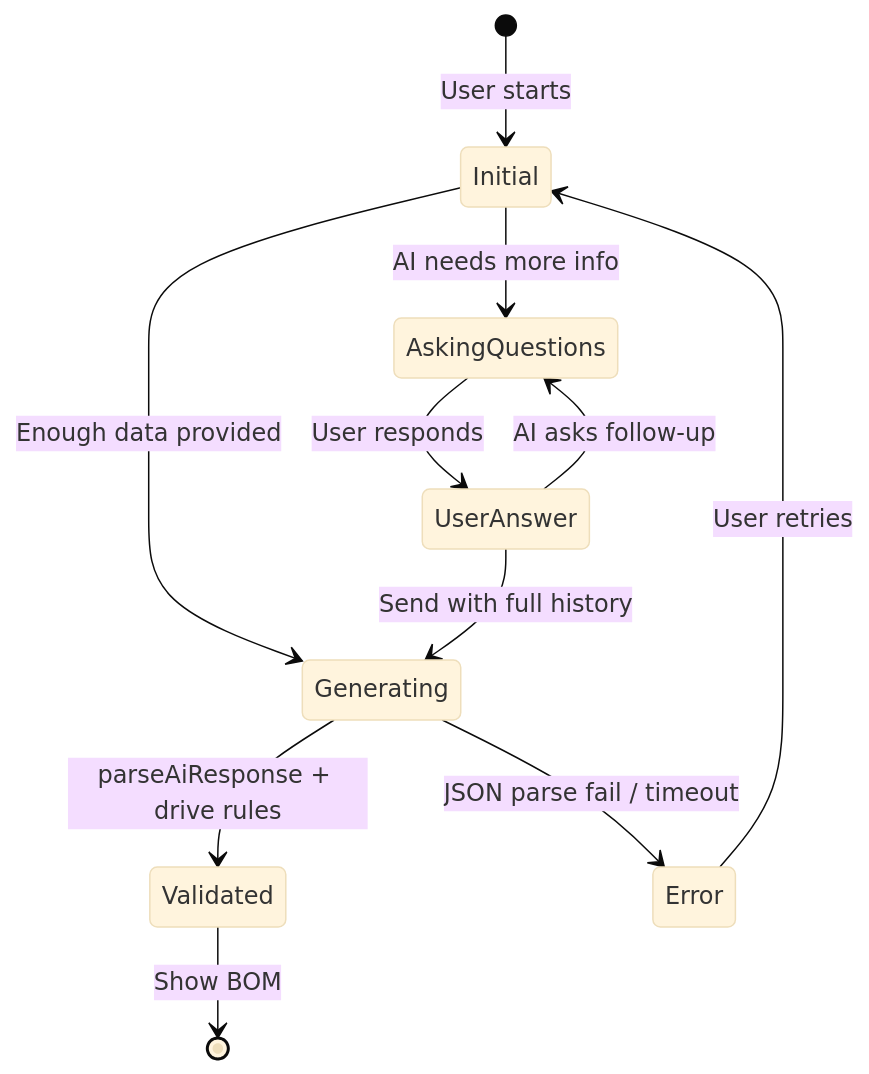
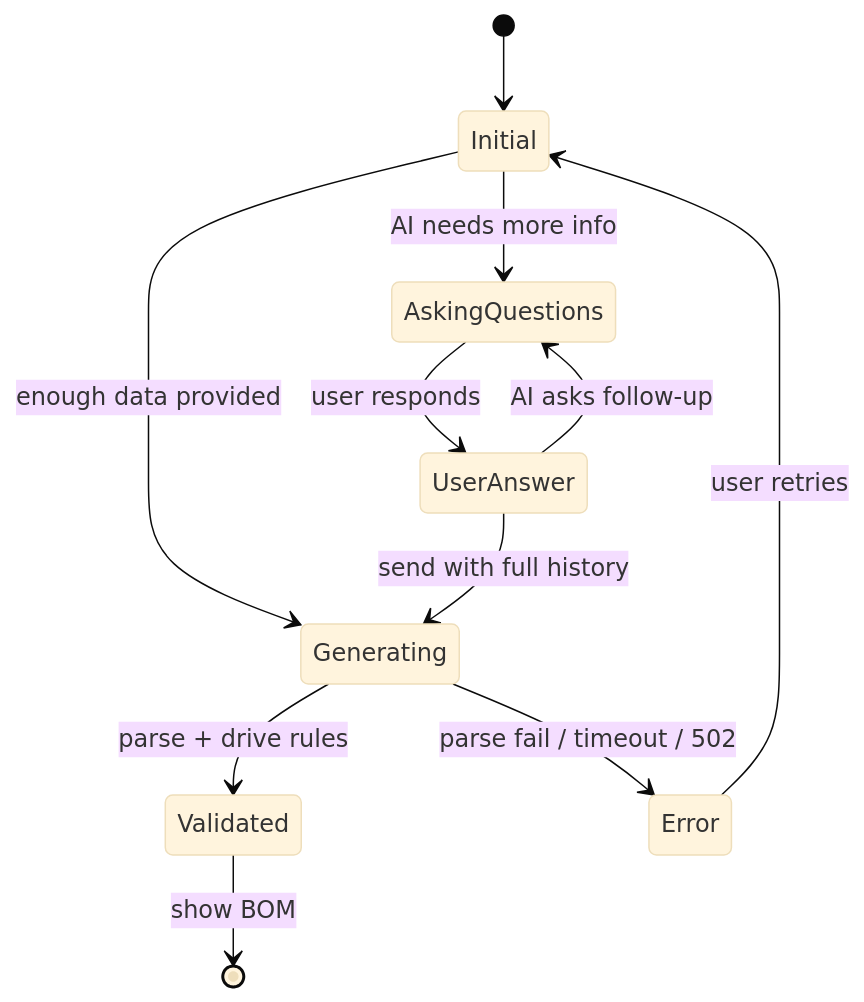
The fourth of 7 diagrams in docs/ARCHITECTURE.md (Alperzkn/sinumerik_configurator), drawn with Mermaid (base theme) before and after one commit. The commit also changed other lines of this file and 4 other files, not shown here.

First line of the commit message:
docs: split into USER_GUIDE (non-tech) + ARCHITECTURE (tech), refresh excalidraw

````diff
--- a/docs/ARCHITECTURE.md
+++ b/docs/ARCHITECTURE.md
@@ -161,16 +222,13 @@
 ```mermaid
 stateDiagram-v2
-    [*] --> Initial: User starts
+    [*] --> Initial
     Initial --> AskingQuestions: AI needs more info
-    Initial --> Generating: Enough data provided
-
-    AskingQuestions --> UserAnswer: User responds
-    UserAnswer --> Generating: Send with full history
+    Initial --> Generating: enough data provided
+    AskingQuestions --> UserAnswer: user responds
+    UserAnswer --> Generating: send with full history
     UserAnswer --> AskingQuestions: AI asks follow-up
-
-    Generating --> Validated: parseAiResponse + drive rules
-    Validated --> [*]: Show BOM
-
-    Generating --> Error: JSON parse fail / timeout
-    Error --> Initial: User retries
+    Generating --> Validated: parse + drive rules
+    Validated --> [*]: show BOM
+    Generating --> Error: parse fail / timeout / 502
+    Error --> Initial: user retries
 ```
````
